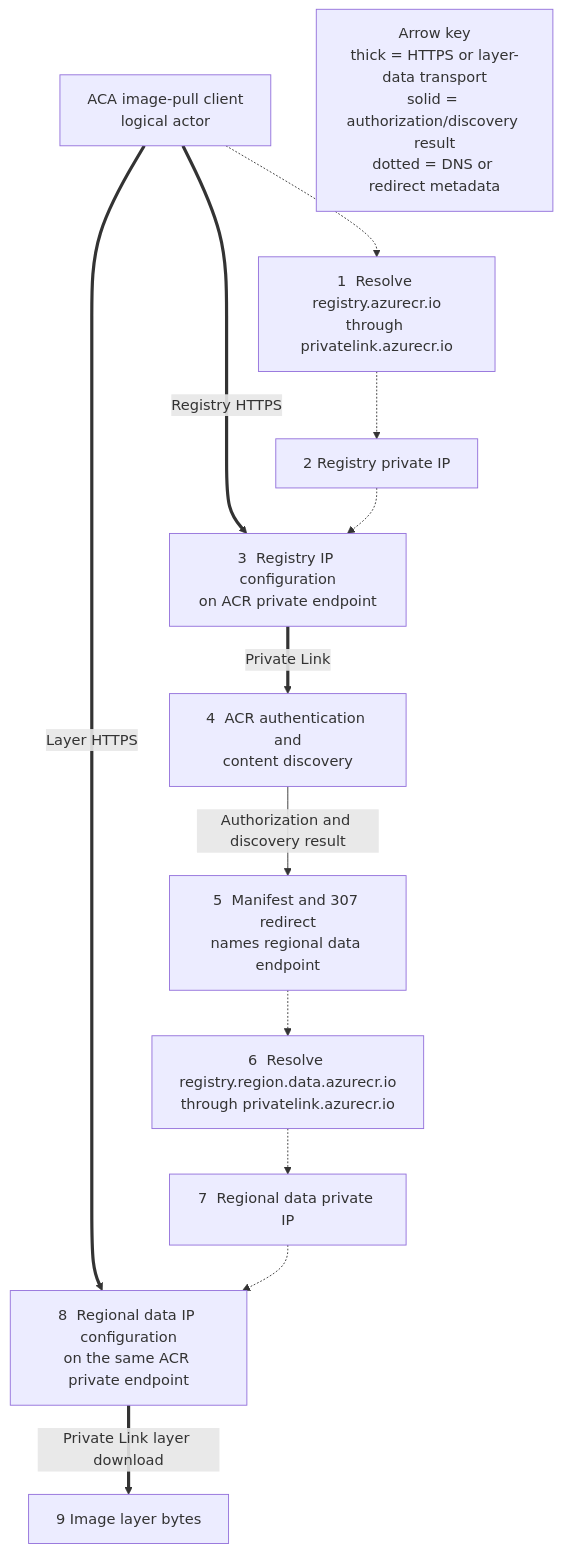
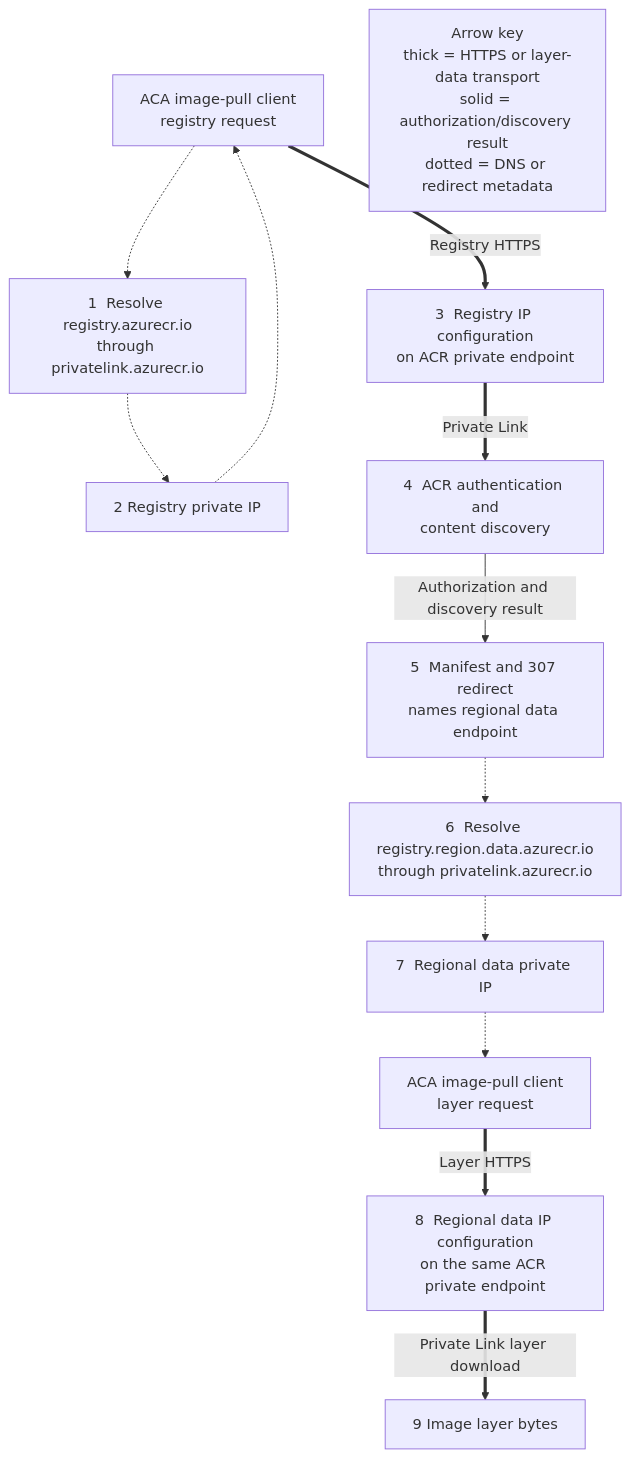
Before and after one commit to yeongseon/azure-container-apps-practical-guide: the third of 3 diagrams in docs/platform/networking/private-endpoints.md, drawn with Mermaid. The commit also changed other lines of this file and 3 other files, not shown here.

Commit message:
docs(networking): address private endpoint diagram review

````diff
--- a/docs/platform/networking/private-endpoints.md
+++ b/docs/platform/networking/private-endpoints.md
@@ -225,30 +218,31 @@
 ```mermaid
 flowchart TD
     accTitle: ACR private endpoint registry and data endpoint flow
     accDescr: A logical Container Apps image-pull client resolves the registry login name through the linked privatelink.azurecr.io zone and connects to the registry private IP for authentication and content discovery. A 307 redirect identifies the regional data endpoint. The client separately resolves that name and downloads layer bytes through the data private IP configuration on the same ACR private endpoint resource.
 
-    PULLER["ACA image-pull client<br/>logical actor"]
+    PULLER_LOGIN["ACA image-pull client<br/>registry request"]
     LOGIN_DNS["1  Resolve registry.azurecr.io<br/>through privatelink.azurecr.io"]
     LOGIN_IP["2  Registry private IP"]
     REGISTRY_PE["3  Registry IP configuration<br/>on ACR private endpoint"]
     DISCOVERY["4  ACR authentication and<br/>content discovery"]
     REDIRECT["5  Manifest and 307 redirect<br/>names regional data endpoint"]
     DATA_DNS["6  Resolve registry.region.data.azurecr.io<br/>through privatelink.azurecr.io"]
     DATA_IP["7  Regional data private IP"]
+    PULLER_DATA["ACA image-pull client<br/>layer request"]
     DATA_PE["8  Regional data IP configuration<br/>on the same ACR private endpoint"]
     LAYERS["9  Image layer bytes"]
 
-    PULLER -.-> LOGIN_DNS
+    PULLER_LOGIN -.-> LOGIN_DNS
     LOGIN_DNS -.-> LOGIN_IP
-    PULLER ==>|"Registry HTTPS"| REGISTRY_PE
-    LOGIN_IP -.-> REGISTRY_PE
+    LOGIN_IP -.-> PULLER_LOGIN
+    PULLER_LOGIN ==>|"Registry HTTPS"| REGISTRY_PE
     REGISTRY_PE ==>|"Private Link"| DISCOVERY
     DISCOVERY -->|"Authorization and discovery result"| REDIRECT
     REDIRECT -.-> DATA_DNS
     DATA_DNS -.-> DATA_IP
-    PULLER ==>|"Layer HTTPS"| DATA_PE
-    DATA_IP -.-> DATA_PE
+    DATA_IP -.-> PULLER_DATA
+    PULLER_DATA ==>|"Layer HTTPS"| DATA_PE
     DATA_PE ==>|"Private Link layer download"| LAYERS
 
     LEGEND["Arrow key<br/>thick = HTTPS or layer-data transport<br/>solid = authorization/discovery result<br/>dotted = DNS or redirect metadata"]
 ```
````
